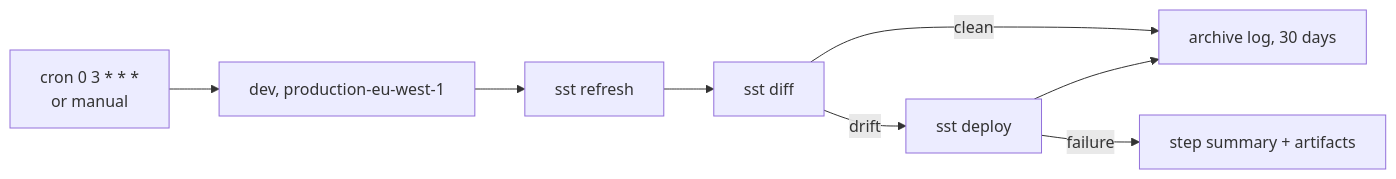
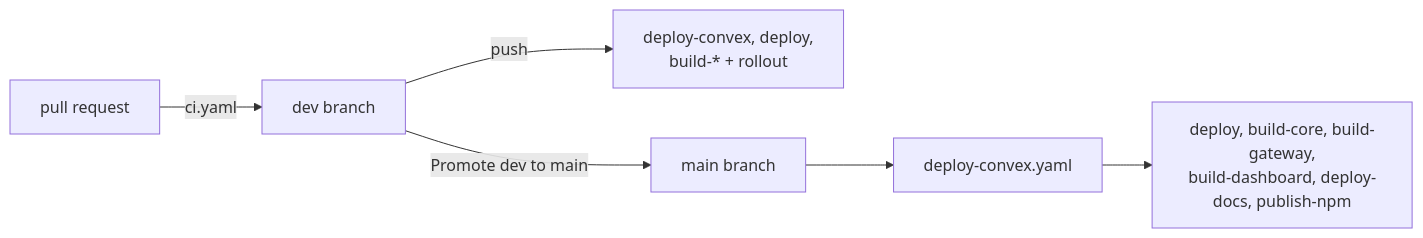
The diagram in apps/docs/docs/internals/ci-cd.md (beeblastco/broods), drawn with Mermaid before and after one commit. The commit also changed other lines of this file and 23 other files, not shown here.

First line of the commit message:
docs(internals): rewrite architecture and developer docs from current code

````diff
--- a/apps/docs/docs/internals/ci-cd.md
+++ b/apps/docs/docs/internals/ci-cd.md
@@ -56,10 +12,8 @@
 ```mermaid
 flowchart LR
-  Schedule["cron 0 3 * * *<br/>or manual"] --> Matrix["dev, production-eu-west-1"]
-  Matrix --> Refresh["sst refresh"]
-  Refresh --> Diff["sst diff"]
-  Diff -->|"drift"| Deploy["sst deploy"]
-  Diff -->|"clean"| Done["archive log, 30 days"]
-  Deploy --> Done
-  Deploy -->|"failure"| Alert["step summary + artifacts"]
+  PR["pull request"] -->|ci.yaml| Dev["dev branch"]
+  Dev -->|push| DevDeploys["deploy-convex, deploy,<br/>build-* + rollout"]
+  Dev -->|"Promote dev to main"| Main["main branch"]
+  Main --> Convex["deploy-convex.yaml"]
+  Convex --> Parallel["deploy, build-core, build-gateway,<br/>build-dashboard, deploy-docs, publish-npm"]
 ```
````
